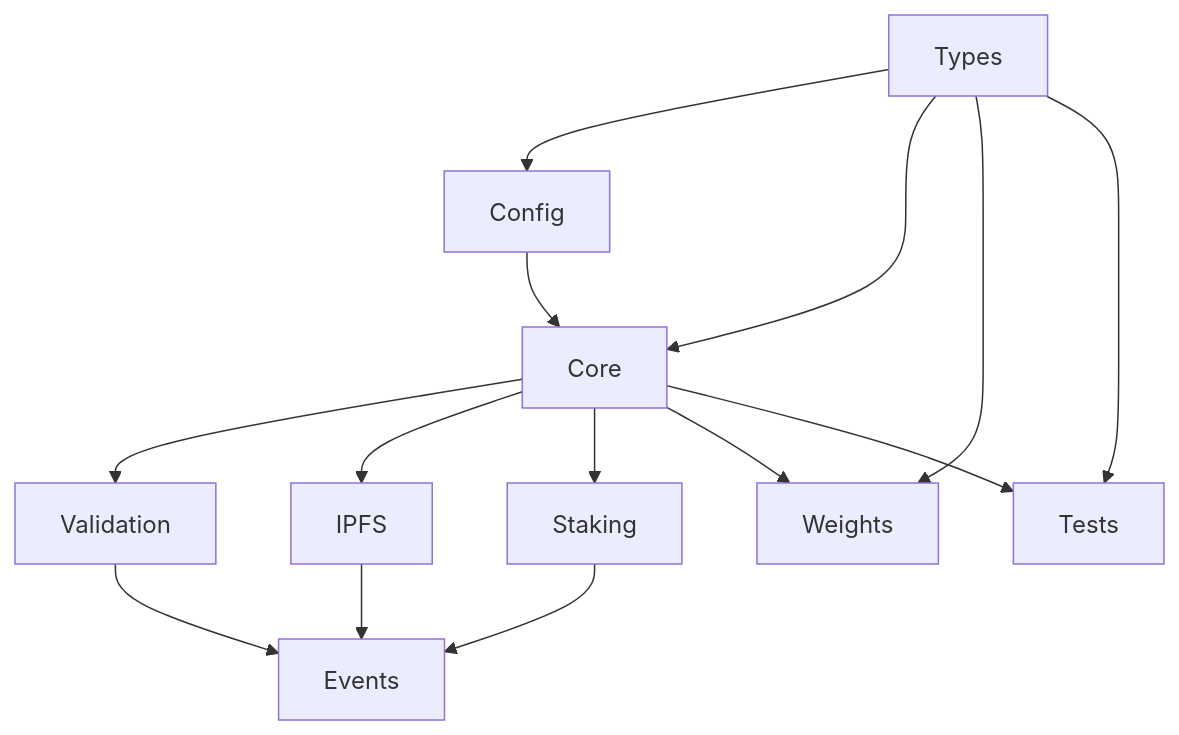
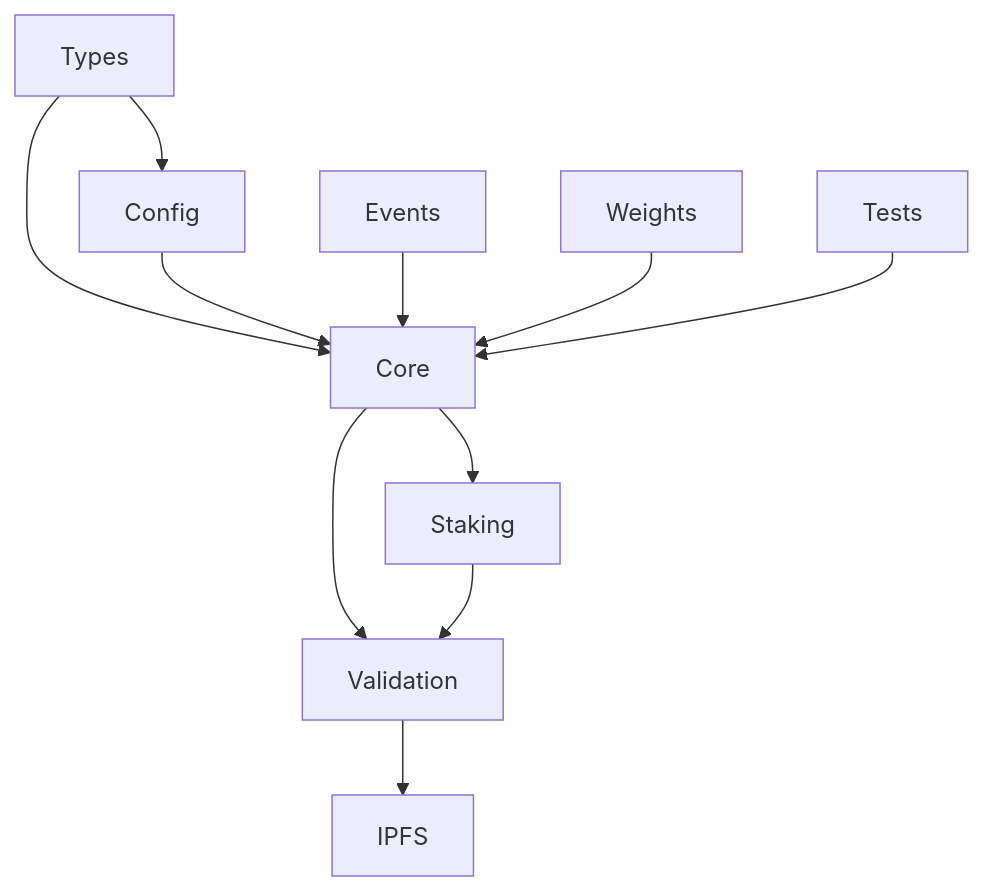
Before and after one commit to Bakobiibizo/subspace: the diagram in .reference/module_registrar/PROGRESS.md, drawn with Mermaid. The commit also changed other lines of this file and 3 other files, not shown here.

````diff
--- a/.reference/module_registrar/PROGRESS.md
+++ b/.reference/module_registrar/PROGRESS.md
@@ -97,16 +99,13 @@
 ```mermaid
 graph TD
     A[Types] --> B[Config]
     A --> C[Core]
     B --> C
     C --> D[Validation]
-    C --> E[IPFS]
+    D --> E[IPFS]
     C --> F[Staking]
-    D --> G[Events]
-    E --> G
-    F --> G
-    A --> H[Weights]
-    C --> H
-    A --> I[Tests]
-    C --> I
+    F --> D
+    G[Events] --> C
+    H[Weights] --> C
+    I[Tests] --> C
 ```
````
